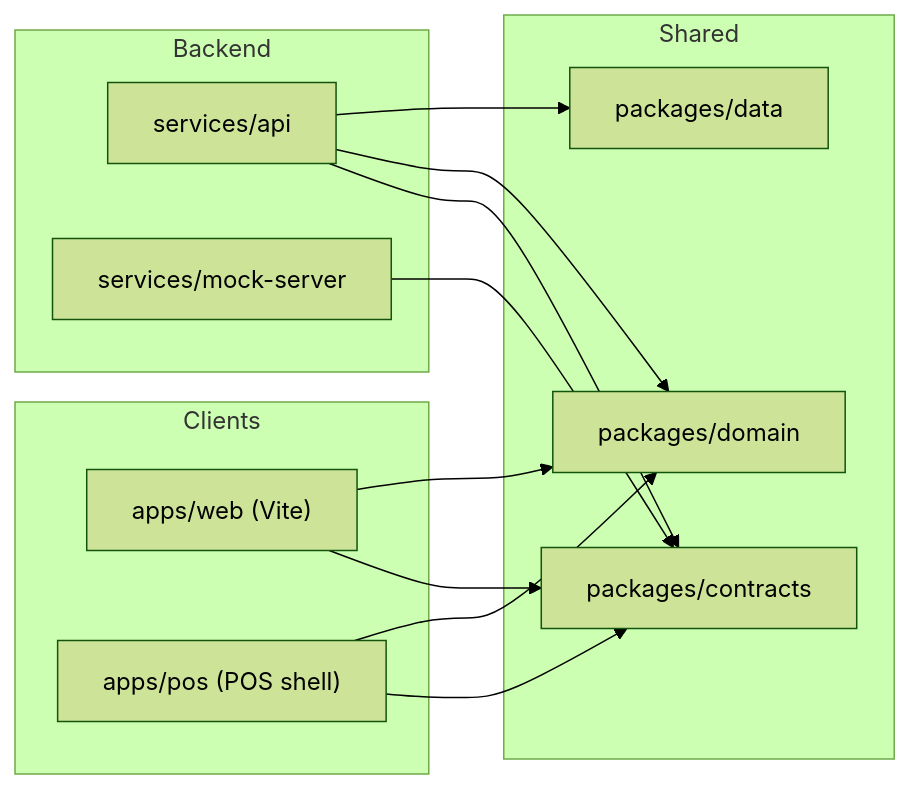
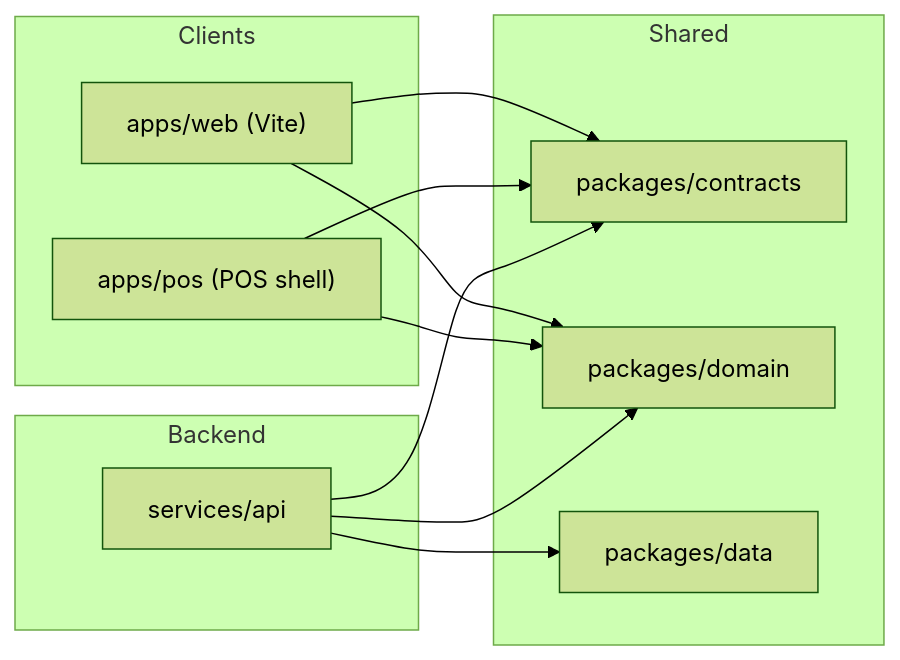
Before and after one commit to Corely-AI/corely: the diagram in README.md, drawn with Mermaid (forest theme). The commit also changed other lines of this file and 34 other files, not shown here.

````diff
--- a/README.md
+++ b/README.md
@@ -84,24 +94,22 @@
 ```mermaid
 flowchart LR
   subgraph Clients
     Web["apps/web (Vite)"]
     POS["apps/pos (POS shell)"]
   end
   subgraph Shared
     Contracts["packages/contracts"]
     Domain["packages/domain"]
     Data["packages/data"]
   end
   subgraph Backend
     API["services/api"]
-    Mock["services/mock-server"]
   end
   Web --> Contracts
   Web --> Domain
   POS --> Contracts
   POS --> Domain
   API --> Contracts
   API --> Domain
   API --> Data
-  Mock --> Contracts
 ```
````
